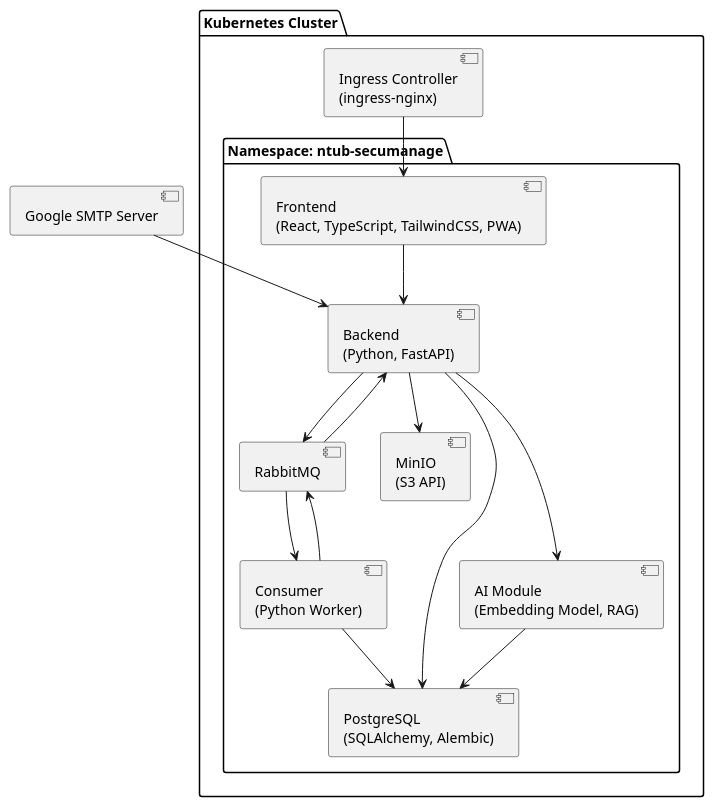
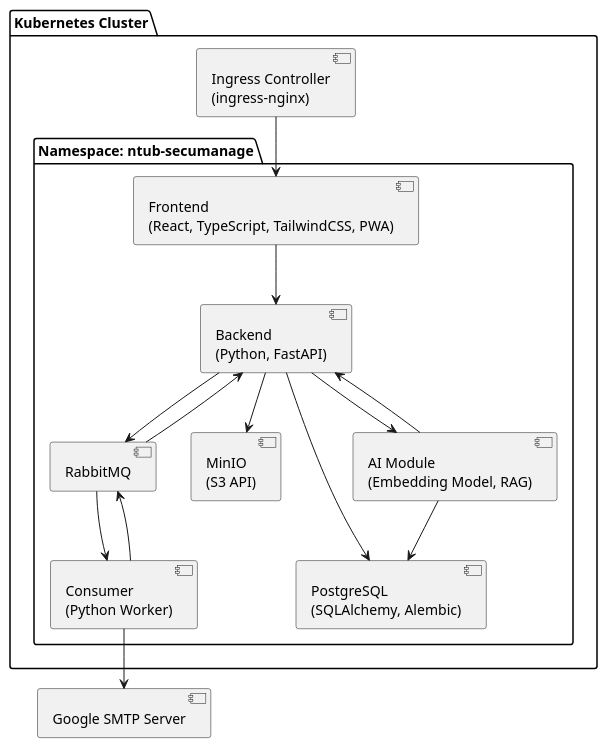
The diagram in plantUML/component/component.puml (walle45611/NTUB_SecuManag_Diagram), drawn with PlantUML before and after one commit. The commit also changed 1 other file, not shown here.

Commit message:
(modify):調整元件圖與套件圖

```diff
--- a/plantUML/component/component.puml
+++ b/plantUML/component/component.puml
@@ -1,38 +1,38 @@
 @startuml
 
 package "Kubernetes Cluster" {
   component "Ingress Controller\n(ingress-nginx)" as Ingress
 
   package "Namespace: ntub-secumanage" {
     component "Frontend\n(React, TypeScript, TailwindCSS, PWA)" as Frontend
 
     component "Backend\n(Python, FastAPI)" as Backend
 
     component "RabbitMQ" as RabbitMQ
 
     component "MinIO\n(S3 API)" as MinIO
 
     component "PostgreSQL\n(SQLAlchemy, Alembic)" as Database
 
     component "Consumer\n(Python Worker)" as Consumer
 
     component "AI Module\n(Embedding Model, RAG)" as AIModule
   }
 }
 
 component "Google SMTP Server" as SMTP
 
 Ingress --> Frontend
 Frontend --> Backend
 Backend --> RabbitMQ
 Consumer --> RabbitMQ
-Consumer --> Database
 Backend --> MinIO
 Backend --> Database
 Backend --> AIModule
 AIModule --> Database
-SMTP --> Backend
 RabbitMQ --> Consumer
 RabbitMQ --> Backend
+Consumer --> SMTP
+AIModule --> Backend
 
 @enduml
```
